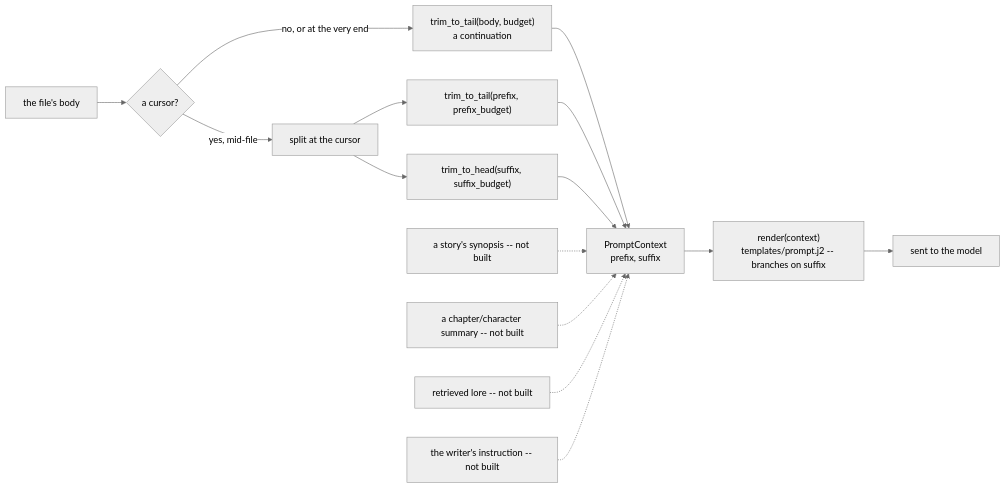
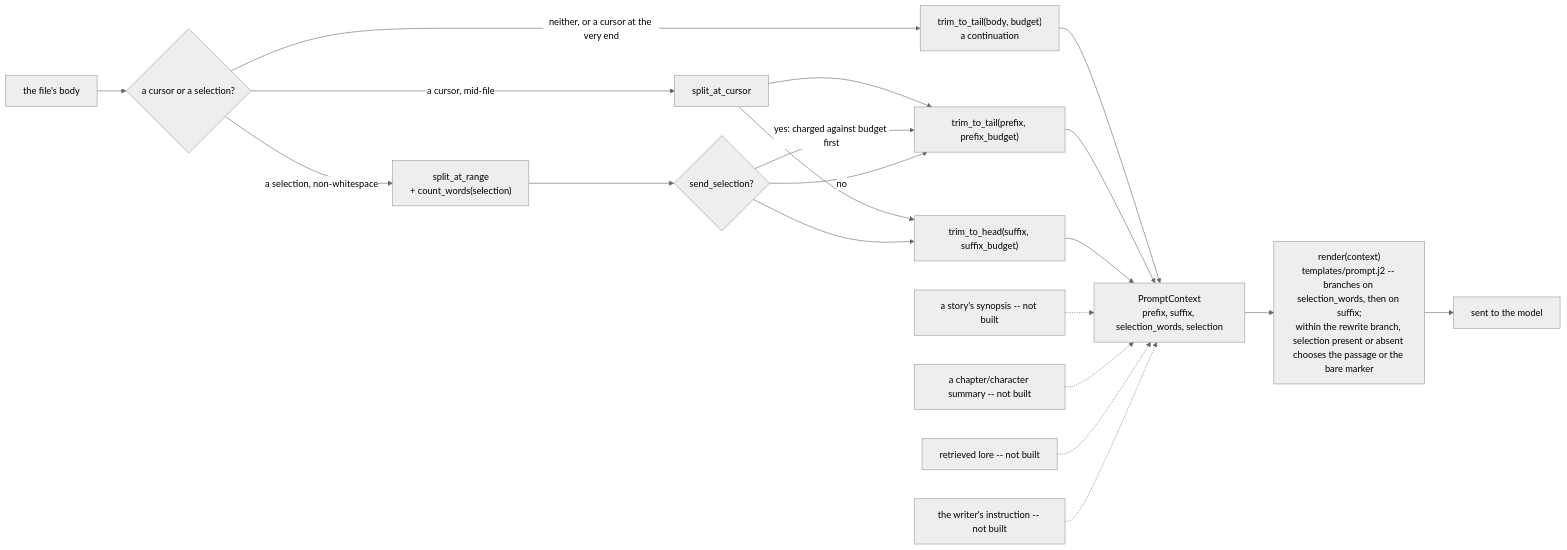
The second of 2 diagrams in docs/prompt.md (InkSpireEditor/inkspire-api), drawn with Mermaid (neutral theme) before and after one commit. The commit also changed other lines of this file and 11 other files, not shown here.

First line of the commit message:
Generate as a rewrite of a selected passage, optionally showing it to the model

````diff
--- a/docs/prompt.md
+++ b/docs/prompt.md
@@ -41,18 +42,23 @@
 ```mermaid
 flowchart LR
-    B["the file's body"] --> X{"a cursor?"}
-    X -->|no, or at the very end| T["trim_to_tail(body, budget)<br/>a continuation"]
-    X -->|yes, mid-file| P["split at the cursor"]
+    B["the file's body"] --> X{"a cursor or a selection?"}
+    X -->|neither, or a cursor at the very end| T["trim_to_tail(body, budget)<br/>a continuation"]
+    X -->|a cursor, mid-file| P["split_at_cursor"]
+    X -->|a selection, non-whitespace| S["split_at_range<br/>+ count_words(selection)"]
     P --> TP["trim_to_tail(prefix, prefix_budget)"]
     P --> TS["trim_to_head(suffix, suffix_budget)"]
-    T --> C["PromptContext<br/>prefix, suffix"]
+    S --> PB{"send_selection?"}
+    PB -->|"yes: charged against budget first"| TP
+    PB -->|"no"| TP
+    PB --> TS
+    T --> C["PromptContext<br/>prefix, suffix, selection_words, selection"]
     TP --> C
     TS --> C
-    C --> R["render(context)<br/>templates/prompt.j2 -- branches on suffix"]
+    C --> R["render(context)<br/>templates/prompt.j2 -- branches on selection_words, then on suffix;<br/>within the rewrite branch, selection present or absent chooses the passage or the bare marker"]
     R --> M["sent to the model"]
 
     Y["a story's synopsis -- not built"] -.-> C
     H["a chapter/character summary -- not built"] -.-> C
     L["retrieved lore -- not built"] -.-> C
     I["the writer's instruction -- not built"] -.-> C
 ```
````
